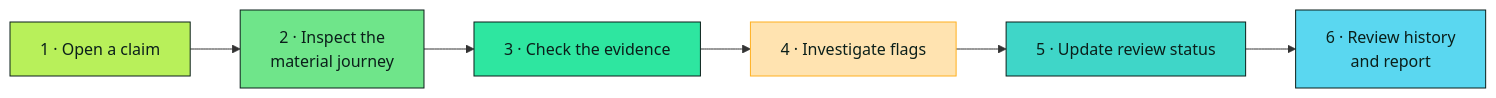
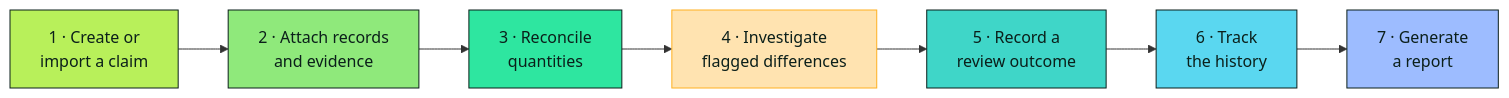
One commit to Alcatraz234156/CycleProof changed the first of 3 diagrams in README.md. Above: the diagram before and after it, drawn with Mermaid. The commit also changed other lines of this file, not shown here.

````diff
--- a/README.md
+++ b/README.md
@@ -163,15 +152,17 @@
 ```mermaid
 flowchart LR
-    A[1 · Open a claim] --> B[2 · Inspect the<br/>material journey]
-    B --> C[3 · Check the evidence]
-    C --> D[4 · Investigate flags]
-    D --> E[5 · Update review status]
-    E --> F[6 · Review history<br/>and report]
+    A[1 · Create or<br/>import a claim] --> B[2 · Attach records<br/>and evidence]
+    B --> C[3 · Reconcile<br/>quantities]
+    C --> D[4 · Investigate<br/>flagged differences]
+    D --> E[5 · Record a<br/>review outcome]
+    E --> F[6 · Track<br/>the history]
+    F --> G[7 · Generate<br/>a report]
 
     style A fill:#b8f05a,stroke:#0b1f1a,color:#0b1f1a
-    style B fill:#6fe58a,stroke:#0b1f1a,color:#0b1f1a
+    style B fill:#8fe97b,stroke:#0b1f1a,color:#0b1f1a
     style C fill:#2ee6a0,stroke:#0b1f1a,color:#0b1f1a
     style D fill:#ffe3b0,stroke:#ffb020,color:#0b1f1a
     style E fill:#3fd6c8,stroke:#0b1f1a,color:#0b1f1a
     style F fill:#5ad7f0,stroke:#0b1f1a,color:#0b1f1a
+    style G fill:#9dbcff,stroke:#0b1f1a,color:#0b1f1a
 ```
````
